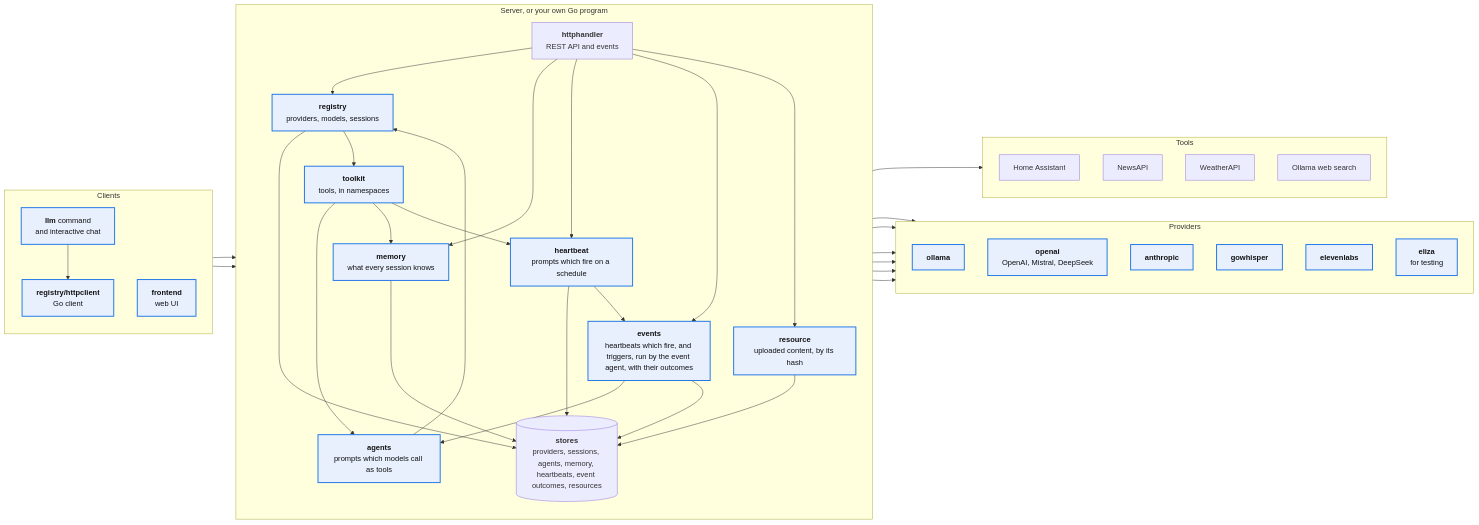
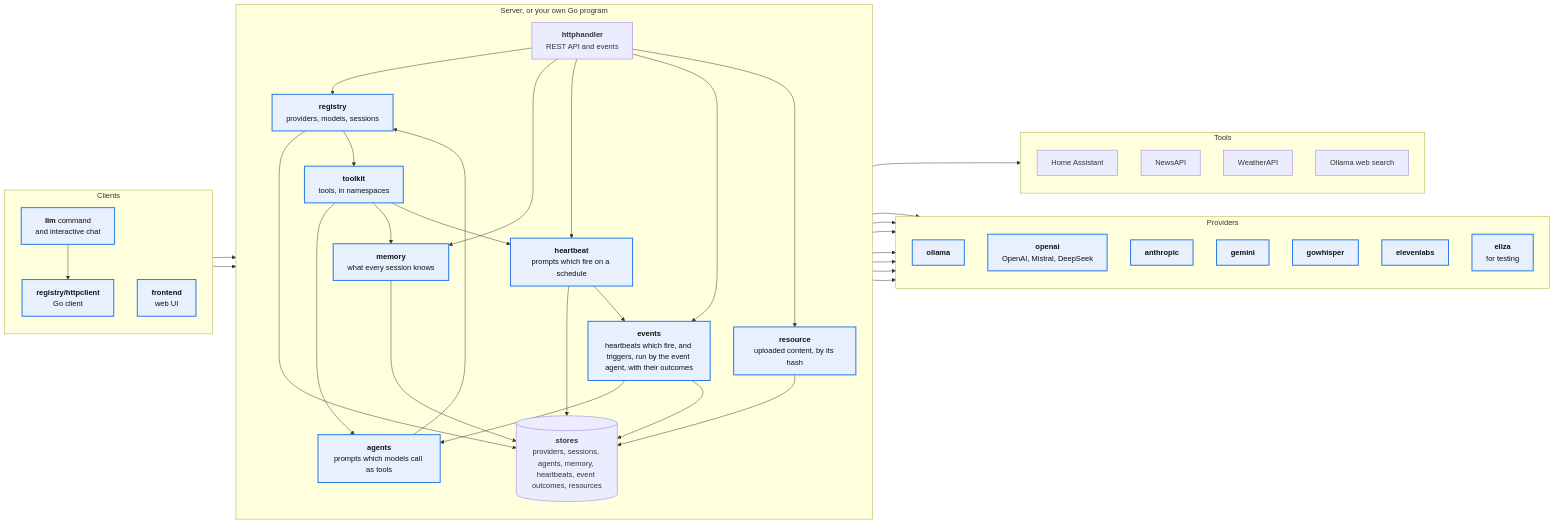
Before and after one commit to mutablelogic/go-llm: the diagram in README.md, drawn with Mermaid. The commit also changed other lines of this file and 11 other files, not shown here.

````diff
--- a/README.md
+++ b/README.md
@@ -136,81 +140,82 @@
 ```mermaid
 flowchart LR
     subgraph Clients
         direction TB
         CLI["`**llm** command
         and interactive chat`"]
         Client["`**registry/httpclient**
         Go client`"]
         UI["`**frontend**
         web UI`"]
     end
 
     subgraph Server["Server, or your own Go program"]
         direction TB
         API["`**httphandler**
         REST API and events`"]
         Registry["`**registry**
         providers, models, sessions`"]
         Toolkit["`**toolkit**
         tools, in namespaces`"]
         Agents["`**agents**
         prompts which models call as tools`"]
         Memory["`**memory**
         what every session knows`"]
         Heartbeat["`**heartbeat**
         prompts which fire on a schedule`"]
         Events["`**events**
         heartbeats which fire, and triggers, run by the event agent, with their outcomes`"]
         Resource["`**resource**
         uploaded content, by its hash`"]
         Stores[("`**stores**
         providers, sessions, agents, memory, heartbeats, event outcomes, resources`")]
     end
 
     subgraph Providers
         direction TB
         Ollama["`**ollama**`"]
         OpenAI["`**openai**
         OpenAI, Mistral, DeepSeek`"]
         Anthropic["`**anthropic**`"]
+        Gemini["`**gemini**`"]
         Whisper["`**gowhisper**`"]
         ElevenLabs["`**elevenlabs**`"]
         Eliza["`**eliza**
         for testing`"]
     end
 
     subgraph Tools
         direction TB
         HA["Home Assistant"]
         News["NewsAPI"]
         Weather["WeatherAPI"]
         Search["Ollama web search"]
     end
 
     CLI --> Client
     Client --> API
     UI --> API
     API --> Registry
     Registry --> Stores
     Registry --> Toolkit
     Toolkit --> Agents
     Toolkit --> Memory
     Agents --> Registry
     API --> Memory
     Memory --> Stores
     Toolkit --> Heartbeat
     API --> Heartbeat
     Heartbeat --> Stores
     Heartbeat --> Events
     API --> Events
     Events --> Agents
     Events --> Stores
     API --> Resource
     Resource --> Stores
     Toolkit --> Tools
-    Registry --> Ollama & OpenAI & Anthropic & Whisper & ElevenLabs & Eliza
+    Registry --> Ollama & OpenAI & Anthropic & Gemini & Whisper & ElevenLabs & Eliza
 
     classDef highlight fill:#e8f0fe,stroke:#1a73e8,stroke-width:2px,color:#111
     class CLI,Client,UI,Registry,Toolkit,Agents,Memory,Heartbeat,Events,Resource highlight
-    class Ollama,OpenAI,Anthropic,Whisper,ElevenLabs,Eliza highlight
+    class Ollama,OpenAI,Anthropic,Gemini,Whisper,ElevenLabs,Eliza highlight
 ```
````
